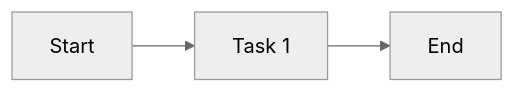
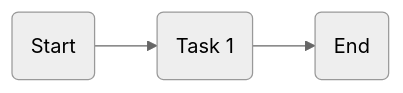
One commit to jacebenson/workflow changed the diagram in public/mmd/0-approval-1-task-serial.mmd. Above: the diagram before and after it, drawn with Mermaid (neutral theme). The commit also changed 9 other files, not shown here.

```diff
--- a/public/mmd/0-approval-1-task-serial.mmd
+++ b/public/mmd/0-approval-1-task-serial.mmd
@@ -1,7 +1,7 @@
 graph LR
-  S0[Start]
-  T1[Task 1]
-  E0[End]
+  S0(Start)
+  T1(Task 1)
+  E0(End)
   
   S0-->T1
   T1-->E0
```
